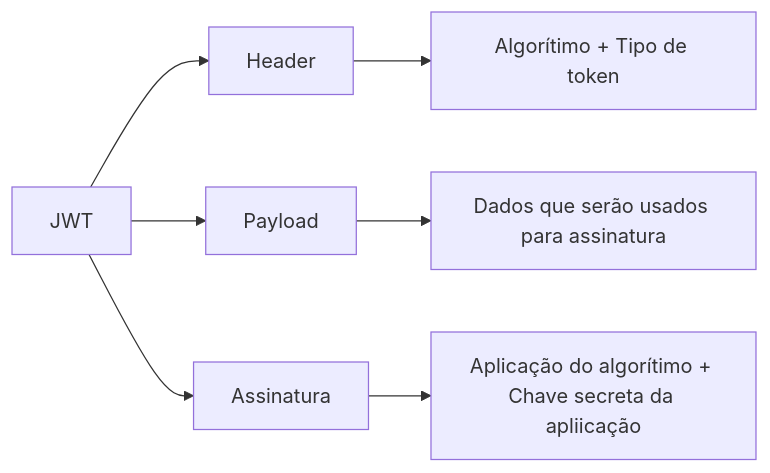
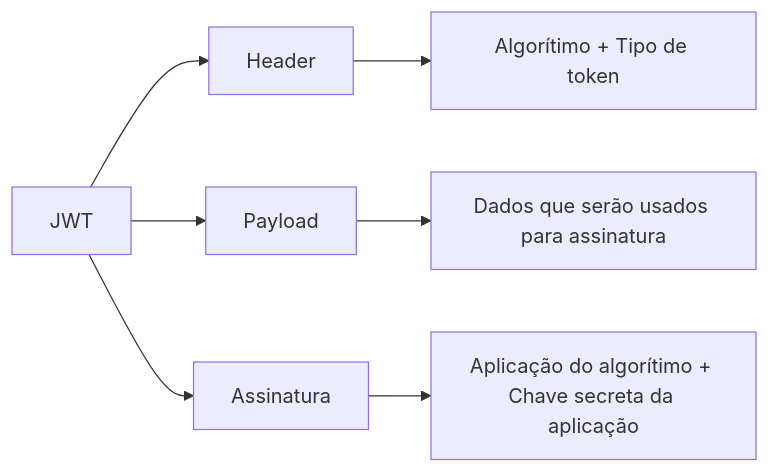
One commit to dunossauro/fastapi-do-zero changed the second of 2 diagrams in slides/brutos/aula_05.md. Above: the diagram before and after it, drawn with Mermaid. The commit also changed other lines of this file, not shown here.

```diff
--- a/slides/brutos/aula_05.md
+++ b/slides/brutos/aula_05.md
@@ -131,9 +131,9 @@
 <div class="mermaid" style="text-align: center;">
 flowchart LR
    JWT --> Header
    JWT --> Payload
    JWT --> Assinatura
    Header --> A[Algorítimo + Tipo de token]
    Payload --> B[Dados que serão usados para assinatura]
-   Assinatura --> C[Aplicação do algorítimo + Chave secreta da apliicação]
+   Assinatura --> C[Aplicação do algorítimo + Chave secreta da aplicação]
 </div>
```
